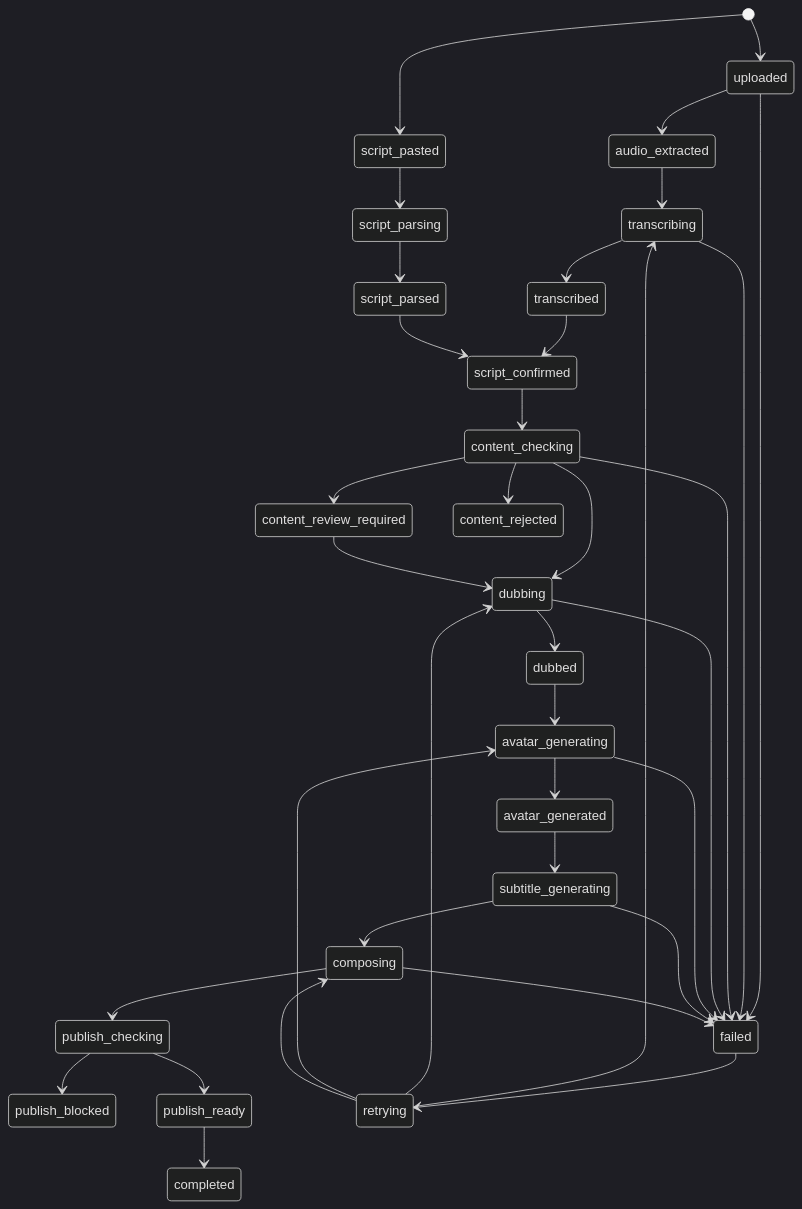
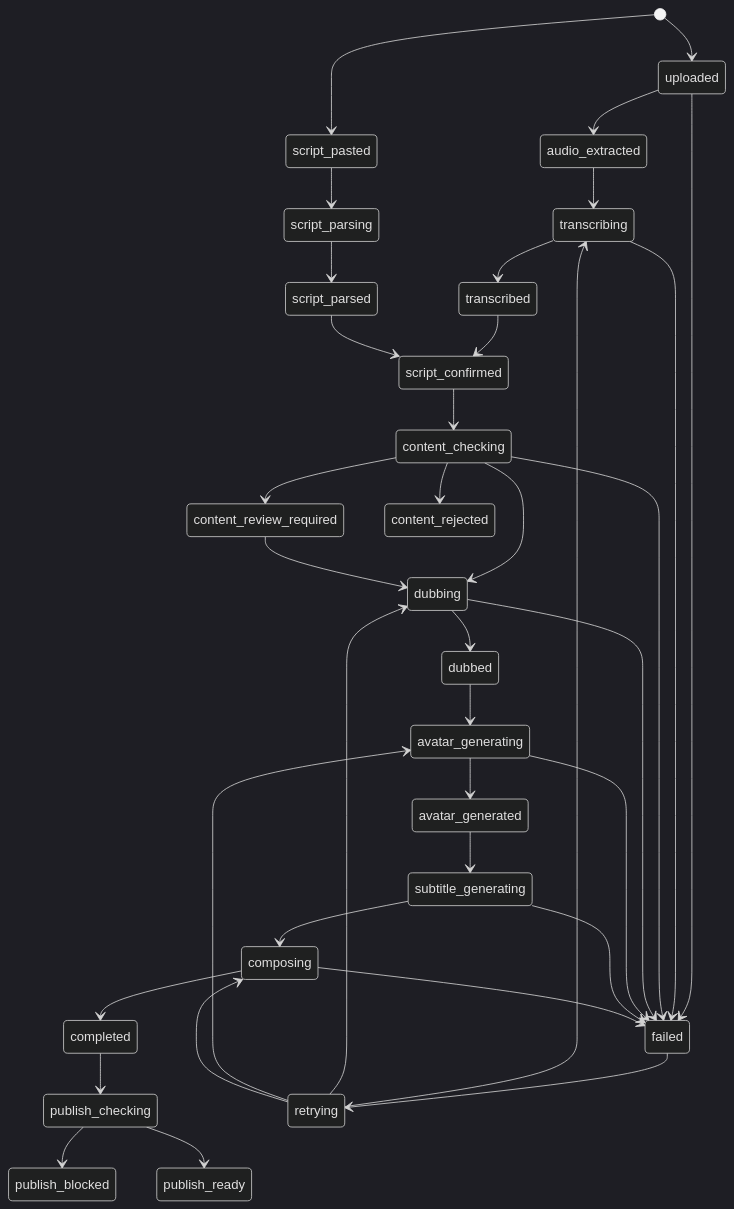
The fourth of 7 diagrams in docs/technical-architecture.md (AlphaSphere/DigitalHuman), drawn with Mermaid (dark theme) before and after one commit. The commit also changed other lines of this file and 11 other files, not shown here.

Commit message:
Update generation flow and docs alignment

````diff
--- a/docs/technical-architecture.md
+++ b/docs/technical-architecture.md
@@ -385,43 +397,43 @@
 ```mermaid
 stateDiagram-v2
   [*] --> uploaded
   [*] --> script_pasted
 
   uploaded --> audio_extracted
   audio_extracted --> transcribing
   transcribing --> transcribed
 
   script_pasted --> script_parsing
   script_parsing --> script_parsed
 
   transcribed --> script_confirmed
   script_parsed --> script_confirmed
 
   script_confirmed --> content_checking
   content_checking --> content_review_required
   content_checking --> content_rejected
   content_checking --> dubbing
   content_review_required --> dubbing
   dubbing --> dubbed
   dubbed --> avatar_generating
   avatar_generating --> avatar_generated
   avatar_generated --> subtitle_generating
   subtitle_generating --> composing
-  composing --> publish_checking
+  composing --> completed
+  completed --> publish_checking
   publish_checking --> publish_blocked
   publish_checking --> publish_ready
-  publish_ready --> completed
 
   uploaded --> failed
   transcribing --> failed
   content_checking --> failed
   dubbing --> failed
   avatar_generating --> failed
   subtitle_generating --> failed
   composing --> failed
   failed --> retrying
   retrying --> transcribing
   retrying --> dubbing
   retrying --> avatar_generating
   retrying --> composing
 ```
````
